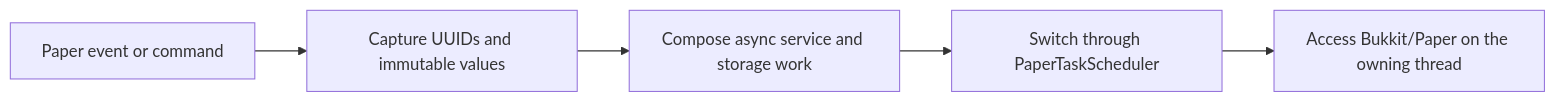
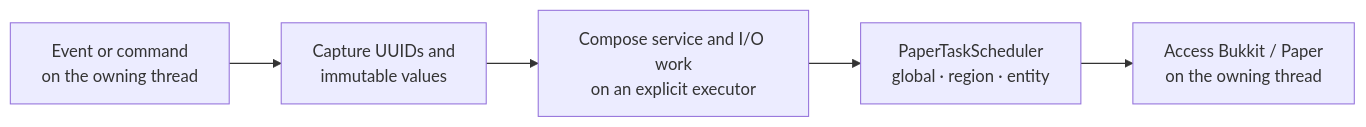
One commit to HanielCota/Cotani changed the second of 2 diagrams in README.md. Above: the diagram before and after it, drawn with Mermaid. The commit also changed other lines of this file, not shown here.

Commit message:
docs: improve README with Mermaid diagrams (#27)

````diff
--- a/README.md
+++ b/README.md
@@ -30,7 +67,10 @@
 ```mermaid
 flowchart LR
-    A["Paper event or command"] --> B["Capture UUIDs and immutable values"]
-    B --> C["Compose async service and storage work"]
-    C --> D["Switch through PaperTaskScheduler"]
-    D --> E["Access Bukkit/Paper on the owning thread"]
+    Event["Event or command<br/>on the owning thread"]
+    Capture["Capture UUIDs and<br/>immutable values"]
+    Async["Compose service and I/O work<br/>on an explicit executor"]
+    Scheduler["PaperTaskScheduler<br/>global · region · entity"]
+    Paper["Access Bukkit / Paper<br/>on the owning thread"]
+
+    Event --> Capture --> Async --> Scheduler --> Paper
 ```
````
